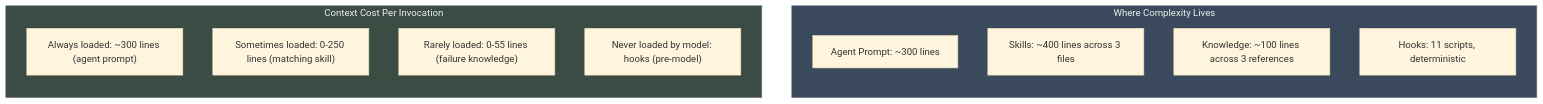
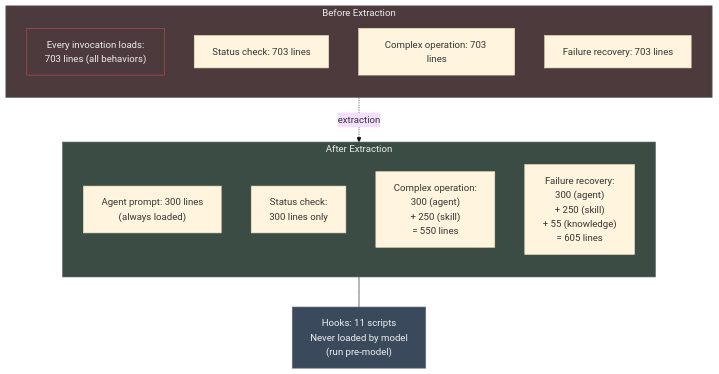
The sixth of 6 diagrams in content/posts/agent-skill-boundary.md (blackwell-systems/blog), drawn with Mermaid (base theme) before and after one commit. The commit also changed other lines of this file, not shown here.

First line of the commit message:
fix: improve mermaid diagrams in agent-skill-boundary article

```diff
--- a/content/posts/agent-skill-boundary.md
+++ b/content/posts/agent-skill-boundary.md
@@ -331,21 +354,31 @@
 {{< mermaid >}}
 flowchart TB
-    subgraph complexity["Where Complexity Lives"]
+    subgraph before["Before Extraction"]
         direction TB
-        prompt["Agent Prompt: ~300 lines"]
-        skills_total["Skills: ~400 lines across 3 files"]
-        knowledge_total["Knowledge: ~100 lines across 3 references"]
-        hooks_total["Hooks: 11 scripts, deterministic"]
+        b1["Every invocation loads:<br/>703 lines (all behaviors)"]
+        b2["Status check: 703 lines"]
+        b3["Complex operation: 703 lines"]
+        b4["Failure recovery: 703 lines"]
     end
 
-    subgraph cost["Context Cost Per Invocation"]
+    subgraph after["After Extraction"]
         direction TB
-        always["Always loaded: ~300 lines (agent prompt)"]
-        sometimes["Sometimes loaded: 0-250 lines (matching skill)"]
-        rarely["Rarely loaded: 0-55 lines (failure knowledge)"]
-        never["Never loaded by model: hooks (pre-model)"]
+        a1["Agent prompt: 300 lines<br/>(always loaded)"]
+
+        a2["Status check:<br/>300 lines only"]
+
+        a3["Complex operation:<br/>300 (agent)<br/>+ 250 (skill)<br/>= 550 lines"]
+
+        a4["Failure recovery:<br/>300 (agent)<br/>+ 250 (skill)<br/>+ 55 (knowledge)<br/>= 605 lines"]
     end
 
-    style complexity fill:#3A4A5C,stroke:#6b7280,color:#f0f0f0
-    style cost fill:#3A4C43,stroke:#6b7280,color:#f0f0f0
+    note1["Hooks: 11 scripts<br/>Never loaded by model<br/>(run pre-model)"]
+
+    before -.->|"extraction"| after
+    after --- note1
+
+    style before fill:#4C3A3C,stroke:#6b7280,color:#f0f0f0
+    style after fill:#3A4C43,stroke:#6b7280,color:#f0f0f0
+    style note1 fill:#3A4A5C,stroke:#6b7280,color:#f0f0f0
+    style b1 fill:#4C3A3C,stroke:#C24F54,color:#f0f0f0
 {{< /mermaid >}}
```
